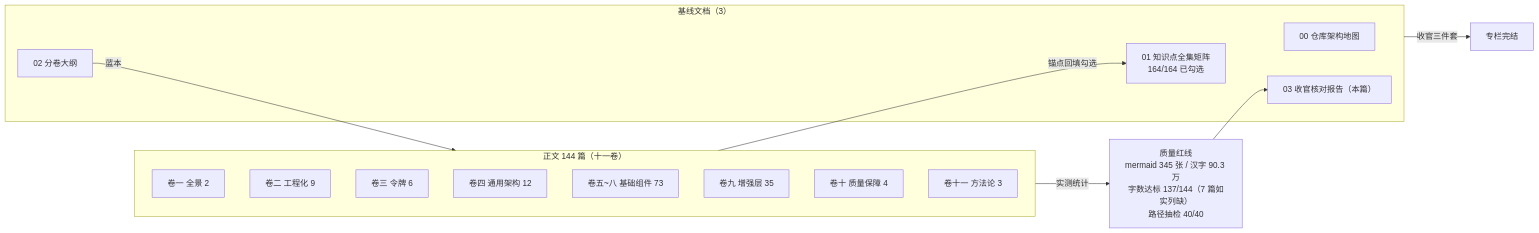
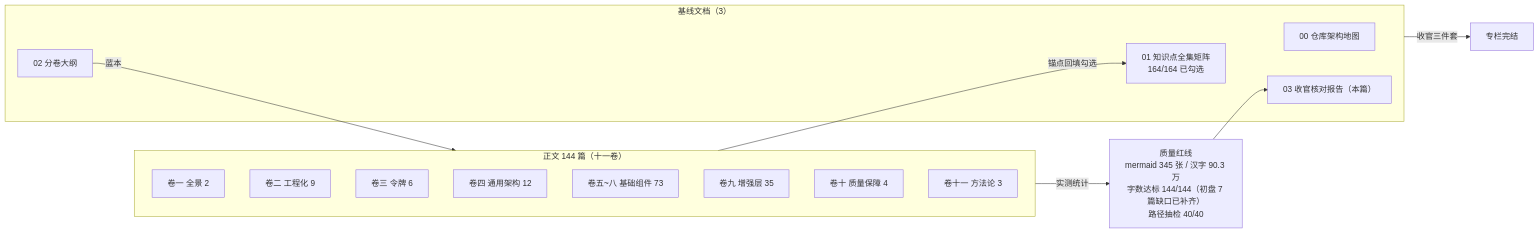
One commit to zhangzhengyang27/xiaoye-components changed the diagram in column/03-收官核对报告.md. Above: the diagram before and after it, drawn with Mermaid. The commit also changed other lines of this file and 19 other files, not shown here.

````diff
--- a/column/03-收官核对报告.md
+++ b/column/03-收官核对报告.md
@@ -125,25 +125,25 @@
 ```mermaid
 flowchart LR
     subgraph BASE["基线文档（3）"]
         B00["00 仓库架构地图"]
         B01["01 知识点全集矩阵<br/>164/164 已勾选"]
         B02["02 分卷大纲"]
         B03["03 收官核对报告（本篇）"]
     end
     subgraph VOL["正文 144 篇（十一卷）"]
         V1["卷一 全景 2"]
         V2["卷二 工程化 9"]
         V3["卷三 令牌 6"]
         V4["卷四 通用架构 12"]
         V5["卷五~八 基础组件 73"]
         V9["卷九 增强层 35"]
         V10["卷十 质量保障 4"]
         V11["卷十一 方法论 3"]
     end
-    Q["质量红线<br/>mermaid 345 张 / 汉字 90.3 万<br/>字数达标 137/144（7 篇如实列缺）<br/>路径抽检 40/40"]
+    Q["质量红线<br/>mermaid 345 张 / 汉字 90.3 万<br/>字数达标 144/144（初盘 7 篇缺口已补齐）<br/>路径抽检 40/40"]
     B02 -->|"蓝本"| VOL
     VOL -->|"锚点回填勾选"| B01
     VOL -->|"实测统计"| Q
     Q --> B03
     BASE -->|"收官三件套"| DONE["专栏完结"]
 ```
````
